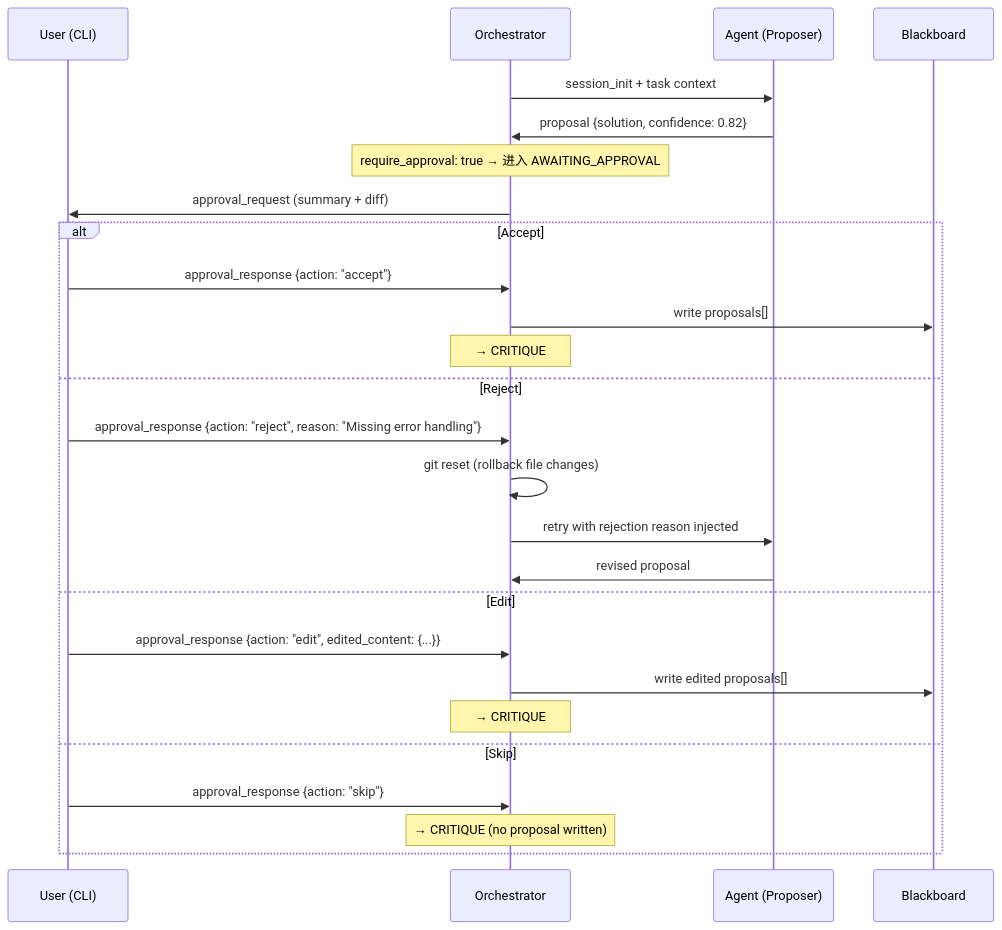
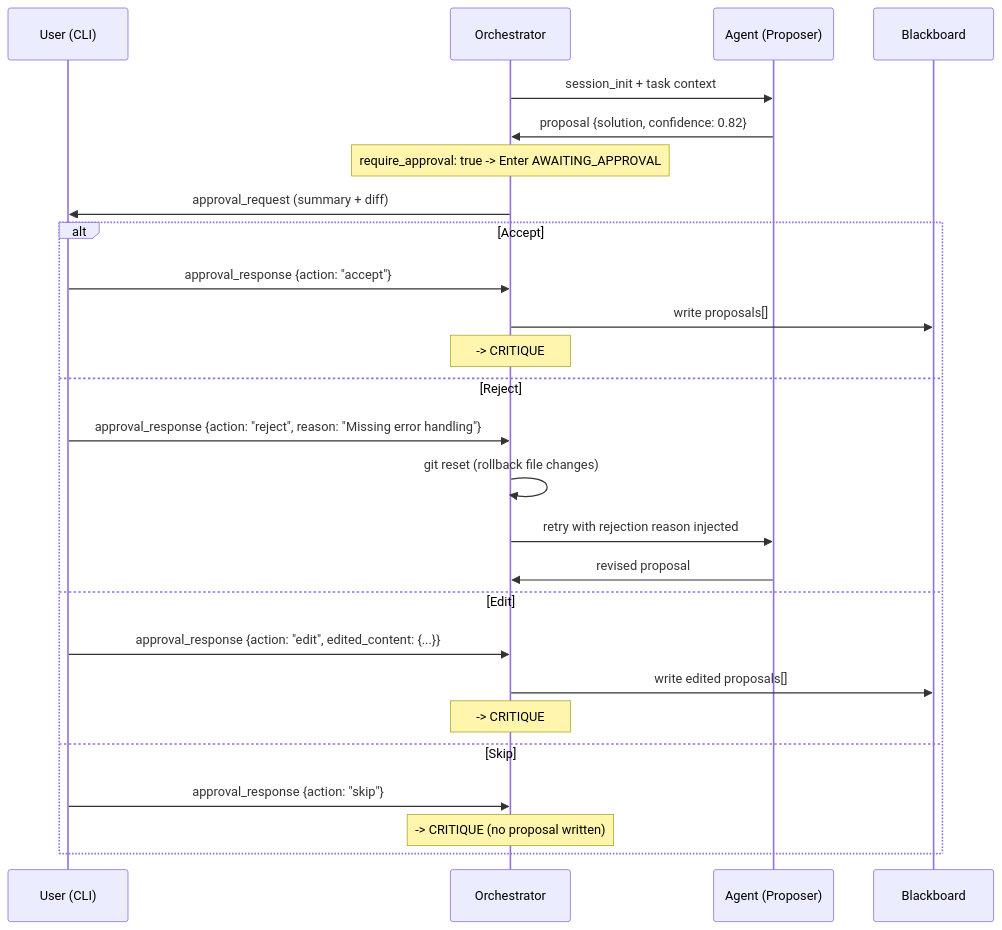
The first of 5 diagrams in docs/harness/mvp.md (open-vera/OpenVera), drawn with Mermaid before and after one commit. The commit also changed other lines of this file and 21 other files, not shown here.

````diff
--- a/docs/harness/mvp.md
+++ b/docs/harness/mvp.md
@@ -918,31 +918,31 @@
 ```mermaid
 sequenceDiagram
     participant U as User (CLI)
     participant O as Orchestrator
     participant A as Agent (Proposer)
     participant B as Blackboard
 
     O->>A: session_init + task context
     A->>O: proposal {solution, confidence: 0.82}
 
-    Note over O: require_approval: true → 进入 AWAITING_APPROVAL
+    Note over O: require_approval: true -> Enter AWAITING_APPROVAL
     O->>U: approval_request (summary + diff)
 
     alt Accept
         U->>O: approval_response {action: "accept"}
         O->>B: write proposals[]
-        Note over O: → CRITIQUE
+        Note over O: -> CRITIQUE
     else Reject
         U->>O: approval_response {action: "reject", reason: "Missing error handling"}
         O->>O: git reset (rollback file changes)
         O->>A: retry with rejection reason injected
         A->>O: revised proposal
     else Edit
         U->>O: approval_response {action: "edit", edited_content: {...}}
         O->>B: write edited proposals[]
-        Note over O: → CRITIQUE
+        Note over O: -> CRITIQUE
     else Skip
         U->>O: approval_response {action: "skip"}
-        Note over O: → CRITIQUE (no proposal written)
+        Note over O: -> CRITIQUE (no proposal written)
     end
 ```
````
